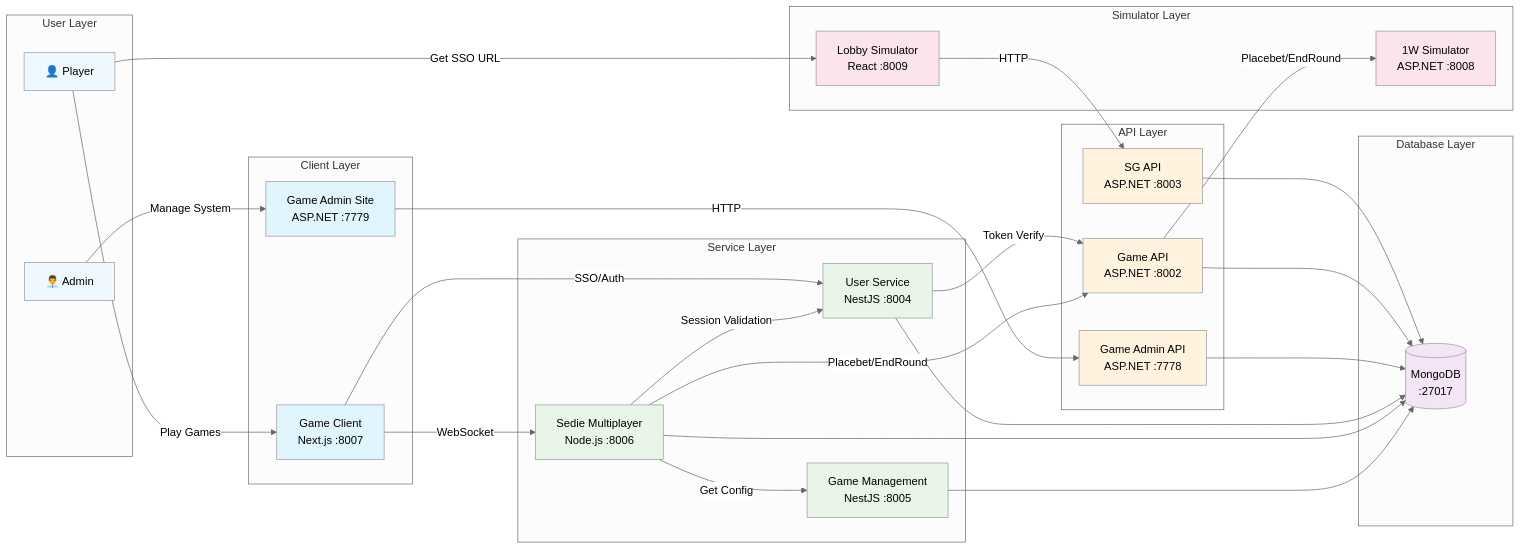
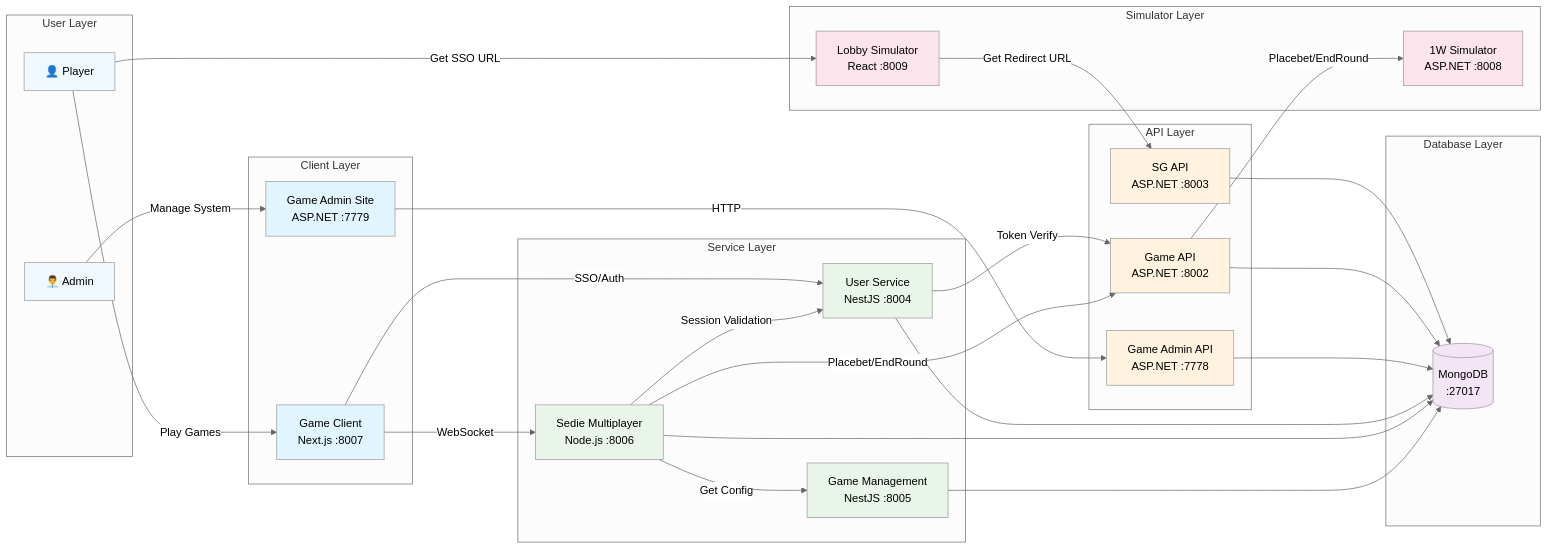
Before and after one commit to starixvn/l1_training_backend-training: the first of 2 diagrams in README.md, drawn with Mermaid (neutral theme). The commit also changed other lines of this file, not shown here.

Commit message:
docs: expand README.md with detailed service descriptions, update MongoDB startup instructions, and enhance game flow testing steps

````diff
--- a/README.md
+++ b/README.md
@@ -69,78 +69,78 @@
 ```mermaid
 graph LR
     subgraph "User Layer"
         USER[👤 Player]
         ADMIN[👨‍💼 Admin]
     end
 
     subgraph "Client Layer"
         GC[Game Client<br/>Next.js :8007]
         GAS[Game Admin Site<br/>ASP.NET :7779]
     end
 
     subgraph "API Layer"
         SGAPI[SG API<br/>ASP.NET :8003]
         LWEB[Game API<br/>ASP.NET :8002]
         GAA[Game Admin API<br/>ASP.NET :7778]
     end
 
     subgraph "Service Layer"
         US[User Service<br/>NestJS :8004]
         SMS[Sedie Multiplayer<br/>Node.js :8006]
         GMS[Game Management<br/>NestJS :8005]
     end
 
     subgraph "Simulator Layer"
         OWS[1W Simulator<br/>ASP.NET :8008]
         LS[Lobby Simulator<br/>React :8009]
     end
 
     subgraph "Database Layer"
         MONGO[(MongoDB<br/>:27017)]
     end
 
     %% User Interactions
     USER -->|Play Games| GC
     USER -->|Get SSO URL| LS
     ADMIN -->|Manage System| GAS
 
     %% Core Client Connections
     GC -->|SSO/Auth| US
     GC -->|WebSocket| SMS
 
-    LS -->|HTTP| SGAPI
+    LS -->|Get Redirect URL| SGAPI
 
     GAS -->|HTTP| GAA
 
     %% Core Service Dependencies
     US -->|Token Verify| LWEB
     SMS -->|Get Config| GMS
     SMS -->|Placebet/EndRound| LWEB
     SMS -->|Session Validation| US
     LWEB -->|Placebet/EndRound| OWS
 
     %% Database Connections
     SGAPI --> MONGO
     LWEB --> MONGO
     GAA --> MONGO
     US --> MONGO
     SMS --> MONGO
     GMS --> MONGO
 
 
 
     %% Styling
     classDef userLayer fill:#f0f8ff
     classDef clientLayer fill:#e1f5fe
     classDef apiLayer fill:#fff3e0
     classDef serviceLayer fill:#e8f5e8
     classDef simLayer fill:#fce4ec
     classDef dbLayer fill:#f3e5f5
 
     class USER,ADMIN userLayer
     class GC,GAS clientLayer
     class LWEB,SGAPI,GAA apiLayer
     class US,SMS,GMS serviceLayer
     class LS,OWS simLayer
     class MONGO dbLayer
 ```
````
